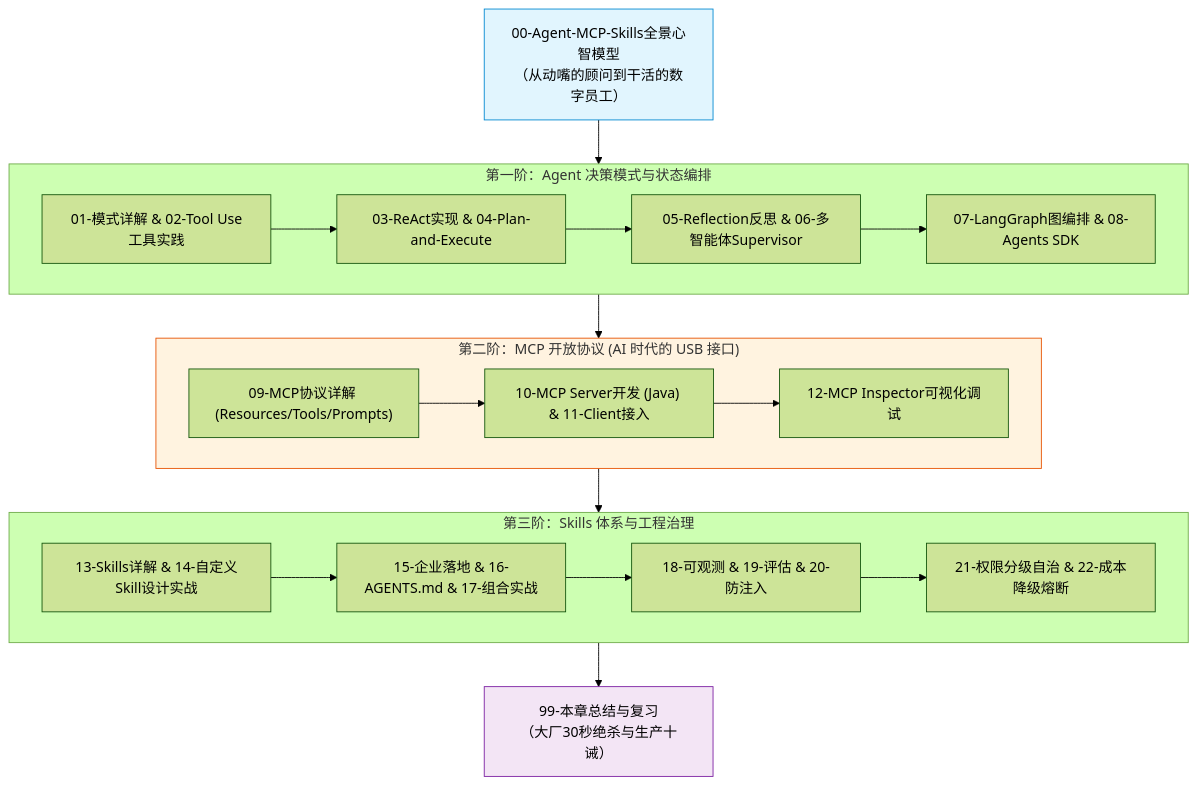
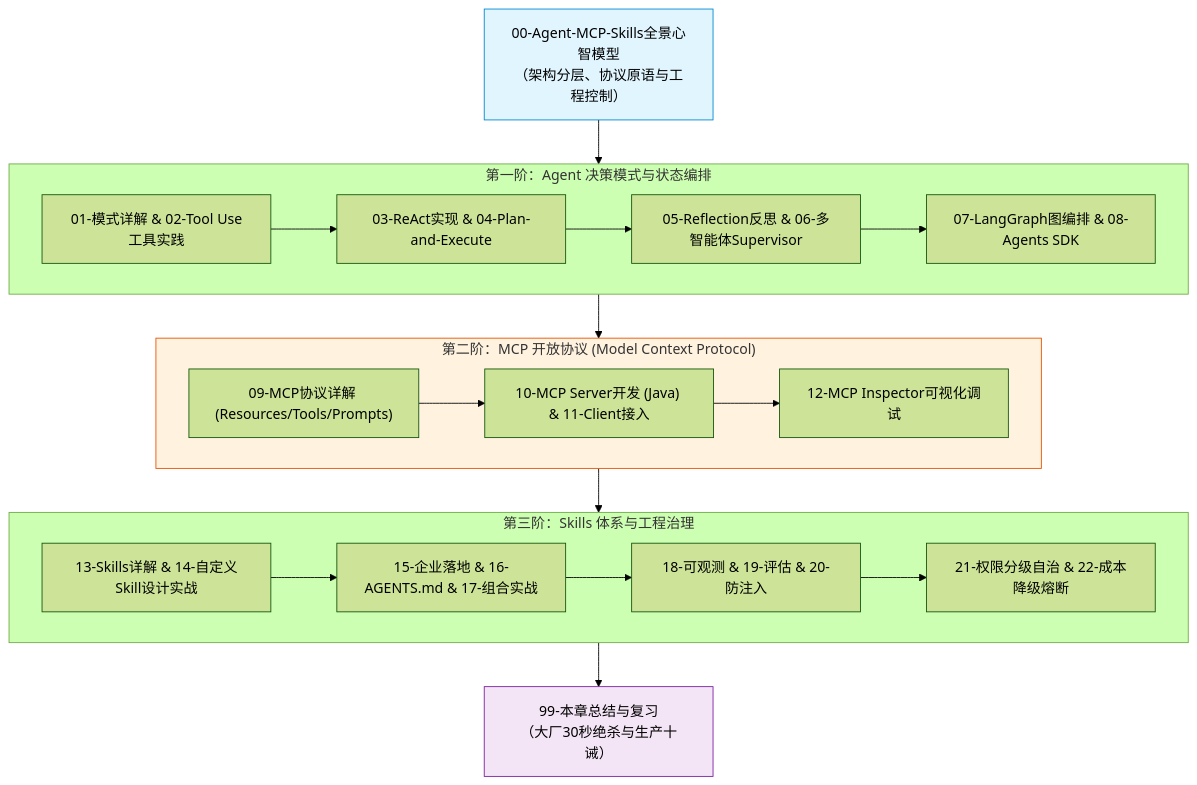
One commit to GuoWWWX/knowledge-base changed the diagram in 10-AI应用开发/05-Agent-MCP-Skills/_index.md. Above: the diagram before and after it, drawn with Mermaid (forest theme). The commit also changed other lines of this file and 251 other files, not shown here.

````diff
--- a/10-AI应用开发/05-Agent-MCP-Skills/_index.md
+++ b/10-AI应用开发/05-Agent-MCP-Skills/_index.md
@@ -20,32 +20,32 @@
 ```mermaid
 flowchart TD
-    M0["00-Agent-MCP-Skills全景心智模型<br/>（从动嘴的顾问到干活的数字员工）"] --> S1
+    M0["00-Agent-MCP-Skills全景心智模型<br/>（架构分层、协议原语与工程控制）"] --> S1
 
     subgraph S1["第一阶：Agent 决策模式与状态编排"]
         A1["01-模式详解 & 02-Tool Use工具实践"]
         A1 --> A2["03-ReAct实现 & 04-Plan-and-Execute"]
         A2 --> A3["05-Reflection反思 & 06-多智能体Supervisor"]
         A3 --> A4["07-LangGraph图编排 & 08-Agents SDK"]
     end
 
-    subgraph S2["第二阶：MCP 开放协议 (AI 时代的 USB 接口)"]
+    subgraph S2["第二阶：MCP 开放协议 (Model Context Protocol)"]
         B1["09-MCP协议详解 (Resources/Tools/Prompts)"]
         B1 --> B2["10-MCP Server开发 (Java) & 11-Client接入"]
         B2 --> B3["12-MCP Inspector可视化调试"]
     end
 
     subgraph S3["第三阶：Skills 体系与工程治理"]
         C1["13-Skills详解 & 14-自定义Skill设计实战"]
         C1 --> C2["15-企业落地 & 16-AGENTS.md & 17-组合实战"]
         C2 --> C3["18-可观测 & 19-评估 & 20-防注入"]
         C3 --> C4["21-权限分级自治 & 22-成本降级熔断"]
     end
 
     S1 --> S2
     S2 --> S3
     S3 --> FIN["99-本章总结与复习<br/>（大厂30秒绝杀与生产十诫）"]
 
     style M0 fill:#e1f5fe,stroke:#0288d1,stroke-width:1px
     style S2 fill:#fff3e0,stroke:#e65100,stroke-width:1px
     style FIN fill:#f3e5f5,stroke:#7b1fa2,stroke-width:1px
 ```
````
